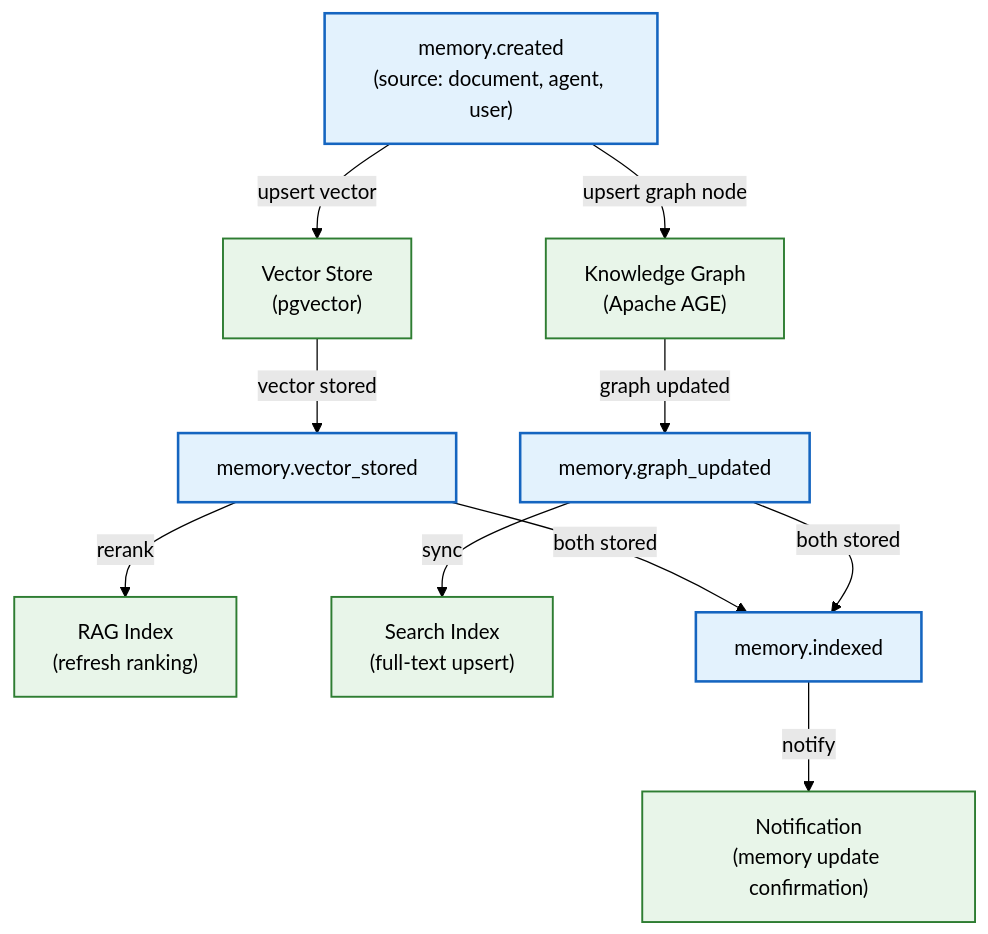
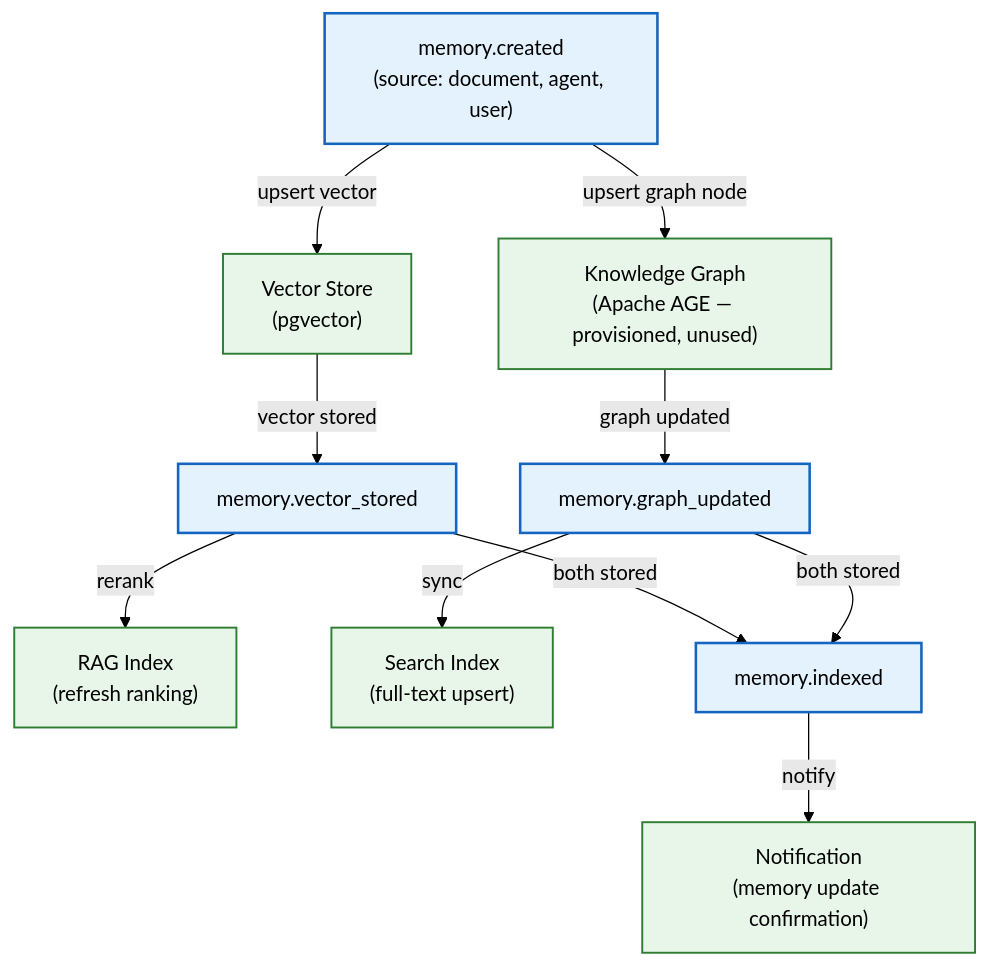
The fourth of 4 diagrams in docs/architecture/Event-Flow.md (Driftloom/Vaeloom), drawn with Mermaid (forest theme) before and after one commit. The commit also changed other lines of this file and 159 other files, not shown here.

````diff
--- a/docs/architecture/Event-Flow.md
+++ b/docs/architecture/Event-Flow.md
@@ -162,14 +178,14 @@
 ```mermaid
 graph TD
     classDef event fill:#e3f2fd,stroke:#1565c0,color:#000,stroke-width:2px
     classDef action fill:#e8f5e9,stroke:#2e7d32,color:#000,stroke-width:1.5px
 
-    E1["memory.created<br/>(source: document, agent, user)"]:::event -->|"upsert graph node"| A1["Knowledge Graph<br/>(Apache AGE)"]:::action
+    E1["memory.created<br/>(source: document, agent, user)"]:::event -->|"upsert graph node"| A1["Knowledge Graph<br/>(Apache AGE — provisioned, unused)"]:::action
     E1 -->|"upsert vector"| A2["Vector Store<br/>(pgvector)"]:::action
 
     A2 -->|"vector stored"| E2["memory.vector_stored"]:::event -->|"rerank"| A3["RAG Index<br/>(refresh ranking)"]:::action
 
     A1 -->|"graph updated"| E3["memory.graph_updated"]:::event -->|"sync"| A4["Search Index<br/>(full-text upsert)"]:::action
 
     E2 & E3 -->|"both stored"| E4["memory.indexed"]:::event -->|"notify"| A5["Notification<br/>(memory update confirmation)"]:::action
 ```
````
